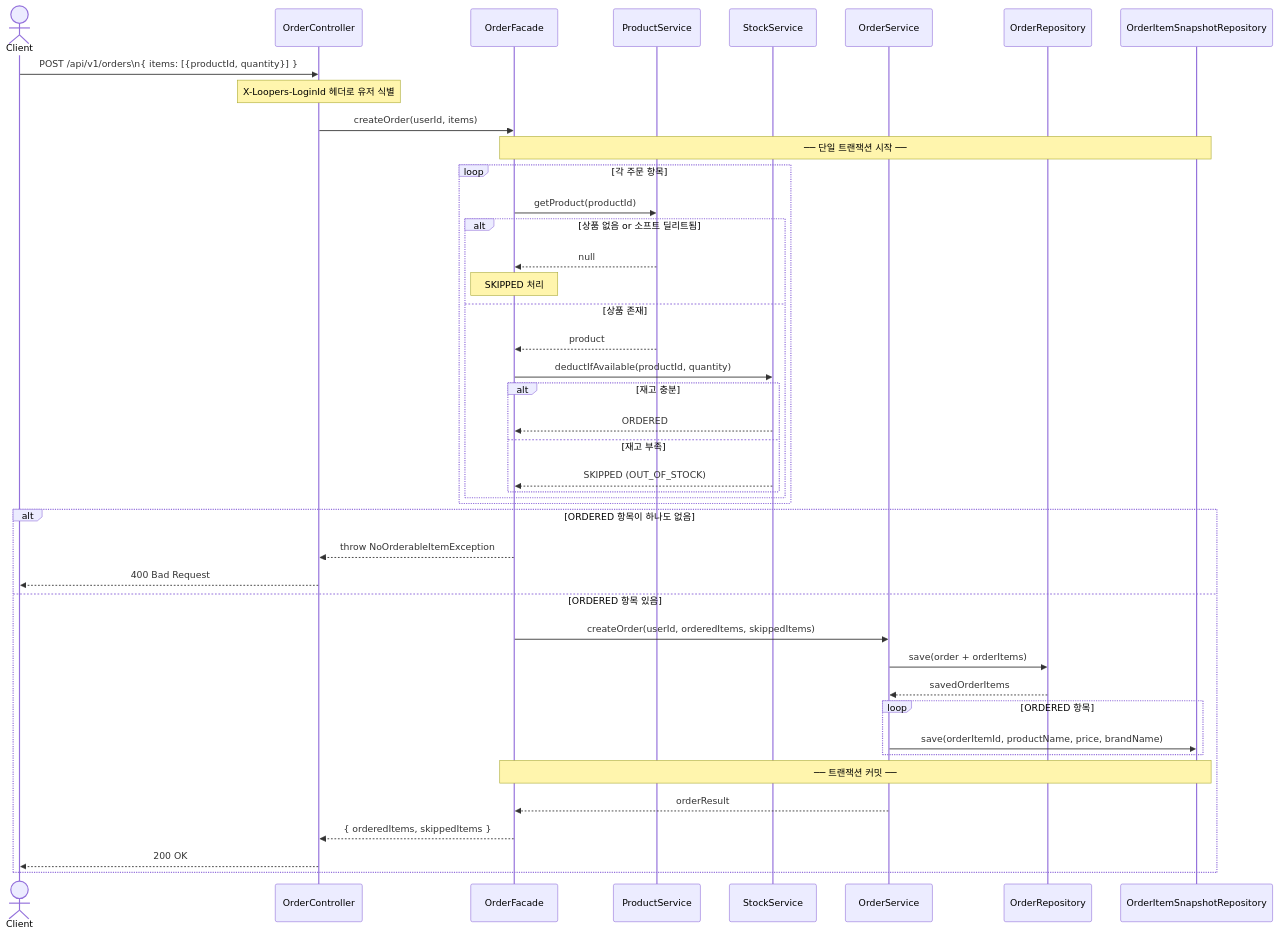
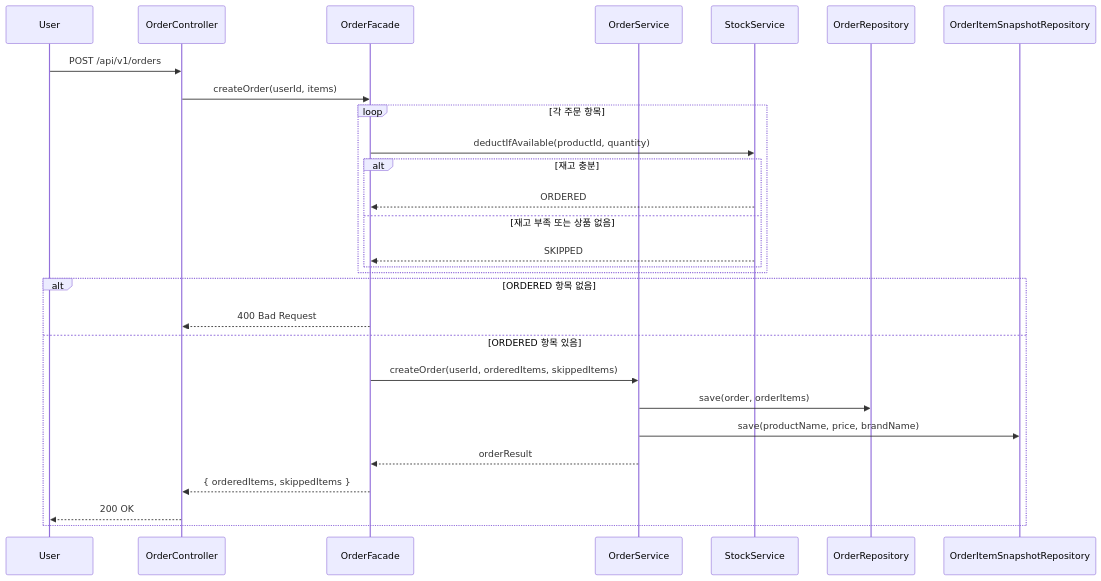
One commit to loopers-labs/loop-pack-be-l2-vol4-java changed the first of 3 diagrams in docs/week2/02-sequence-diagrams.md. Above: the diagram before and after it, drawn with Mermaid. The commit also changed other lines of this file, not shown here.

Commit message:
docs: 시퀀스 다이어그램 Facade 패턴 반영 및 구조 간결화

````diff
--- a/docs/week2/02-sequence-diagrams.md
+++ b/docs/week2/02-sequence-diagrams.md
@@ -16,53 +9,34 @@
 ```mermaid
 sequenceDiagram
-    actor Client
-    participant Controller as OrderController
-    participant Facade as OrderFacade
-    participant ProductSvc as ProductService
-    participant StockSvc as StockService
-    participant OrderSvc as OrderService
-    participant OrderRepo as OrderRepository
-    participant SnapshotRepo as OrderItemSnapshotRepository
+    participant User
+    participant OrderController
+    participant OrderFacade
+    participant OrderService
+    participant StockService
+    participant OrderRepository
+    participant OrderItemSnapshotRepository
 
-    Client->>Controller: POST /api/v1/orders\n{ items: [{productId, quantity}] }
-    Note over Controller: X-Loopers-LoginId 헤더로 유저 식별
-
-    Controller->>Facade: createOrder(userId, items)
-
-    Note over Facade,SnapshotRepo: ── 단일 트랜잭션 시작 ──
+    User->>OrderController: POST /api/v1/orders
+    OrderController->>OrderFacade: createOrder(userId, items)
 
     loop 각 주문 항목
-        Facade->>ProductSvc: getProduct(productId)
-        alt 상품 없음 or 소프트 딜리트됨
-            ProductSvc-->>Facade: null
-            Note over Facade: SKIPPED 처리
-        else 상품 존재
-            ProductSvc-->>Facade: product
-            Facade->>StockSvc: deductIfAvailable(productId, quantity)
-            alt 재고 충분
-                StockSvc-->>Facade: ORDERED
-            else 재고 부족
-                StockSvc-->>Facade: SKIPPED (OUT_OF_STOCK)
-            end
+        OrderFacade->>StockService: deductIfAvailable(productId, quantity)
+
+        alt 재고 충분
+            StockService-->>OrderFacade: ORDERED
+        else 재고 부족 또는 상품 없음
+            StockService-->>OrderFacade: SKIPPED
         end
     end
 
-    alt ORDERED 항목이 하나도 없음
-        Facade-->>Controller: throw NoOrderableItemException
-        Controller-->>Client: 400 Bad Request
+    alt ORDERED 항목 없음
+        OrderFacade-->>OrderController: 400 Bad Request
     else ORDERED 항목 있음
-        Facade->>OrderSvc: createOrder(userId, orderedItems, skippedItems)
-        OrderSvc->>OrderRepo: save(order + orderItems)
-        OrderRepo-->>OrderSvc: savedOrderItems
-
-        loop ORDERED 항목
-            OrderSvc->>SnapshotRepo: save(orderItemId, productName, price, brandName)
-        end
-
-        Note over Facade,SnapshotRepo: ── 트랜잭션 커밋 ──
-
-        OrderSvc-->>Facade: orderResult
-        Facade-->>Controller: { orderedItems, skippedItems }
-        Controller-->>Client: 200 OK
+        OrderFacade->>OrderService: createOrder(userId, orderedItems, skippedItems)
+        OrderService->>OrderRepository: save(order, orderItems)
+        OrderService->>OrderItemSnapshotRepository: save(productName, price, brandName)
+        OrderService-->>OrderFacade: orderResult
+        OrderFacade-->>OrderController: { orderedItems, skippedItems }
+        OrderController-->>User: 200 OK
     end
 ```
````
